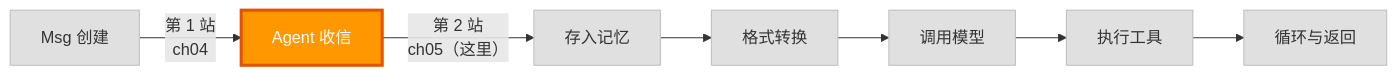
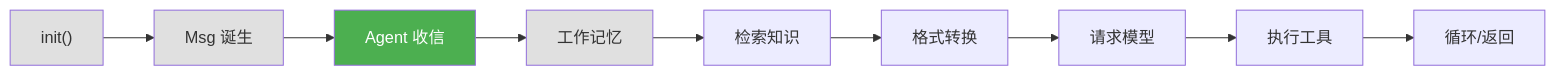
Before and after one commit to agentscope-ai/agentscope: the first of 3 diagrams in teaching/book/volume-1-journey/ch05-agent-receives.md, drawn with Mermaid. The commit also changed other lines of this file, not shown here.

First line of the commit message:
docs: write ch05 - Agent receives message (Station 2)

````diff
--- a/teaching/book/volume-1-journey/ch05-agent-receives.md
+++ b/teaching/book/volume-1-journey/ch05-agent-receives.md
@@ -15,17 +10,16 @@
 ```mermaid
 graph LR
-    A["Msg 创建"] -->|"第 1 站<br/>ch04"| B["Agent 收信"]
-    B -->|"第 2 站<br/>ch05（这里）"| C["存入记忆"]
-    C --> D["格式转换"]
-    D --> E["调用模型"]
-    E --> F["执行工具"]
-    F --> G["循环与返回"]
+    Init["init()"] --> Msg["Msg 诞生"]
+    Msg --> Agent["Agent 收信"]
+    Agent --> Memory["工作记忆"]
+    Memory --> Retrieve["检索知识"]
+    Retrieve --> Format["格式转换"]
+    Format --> Model["请求模型"]
+    Model --> Tool["执行工具"]
+    Tool --> Loop["循环/返回"]
 
-    style B fill:#ff9800,color:#fff,stroke:#e65100,stroke-width:3px
-    style A fill:#e0e0e0,stroke:#bdbdbd
-    style C fill:#e0e0e0,stroke:#bdbdbd
-    style D fill:#e0e0e0,stroke:#bdbdbd
-    style E fill:#e0e0e0,stroke:#bdbdbd
-    style F fill:#e0e0e0,stroke:#bdbdbd
-    style G fill:#e0e0e0,stroke:#bdbdbd
+    style Init fill:#e0e0e0
+    style Msg fill:#e0e0e0
+    style Agent fill:#4caf50,color:white
+    style Memory fill:#e0e0e0
 ```
````
